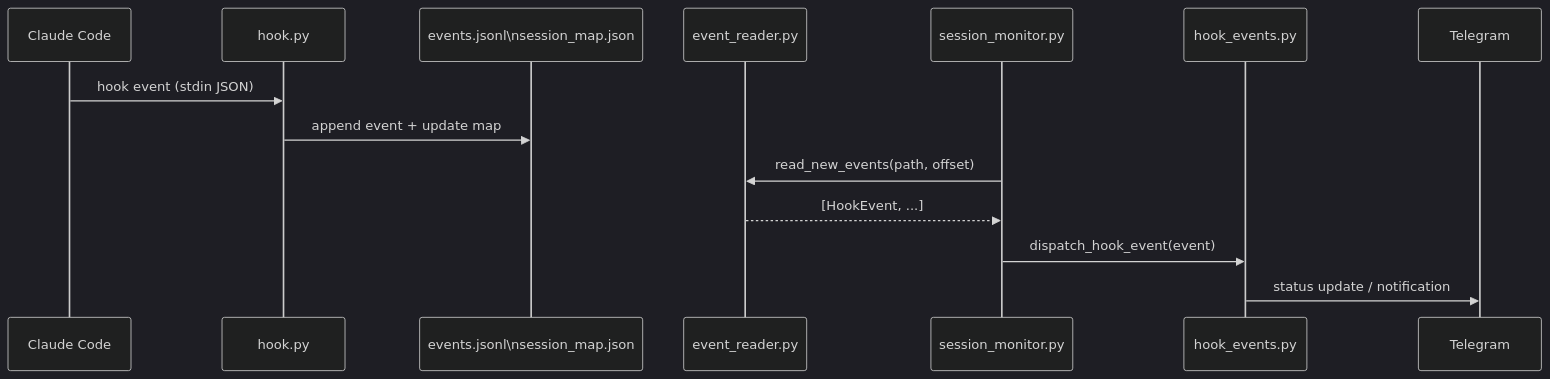
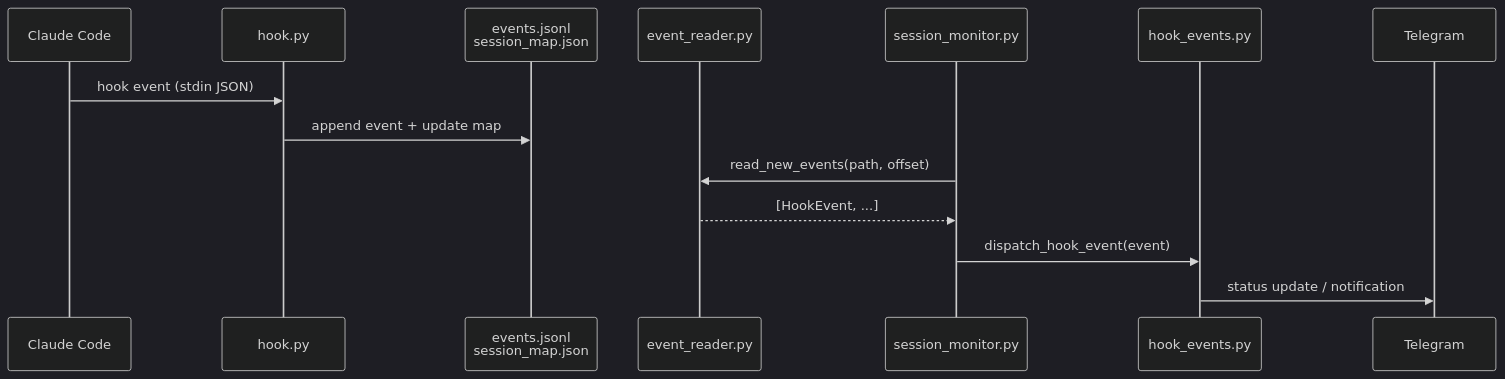
One commit to alexei-led/ccbot changed the seventh of 10 diagrams in docs/architecture.md. Above: the diagram before and after it, drawn with Mermaid (dark theme). The commit also changed other lines of this file, not shown here.

Commit message:
docs: replace \n with <br> in Mermaid node labels in architecture.md

````diff
--- a/docs/architecture.md
+++ b/docs/architecture.md
@@ -217,17 +217,17 @@
 ```mermaid
 sequenceDiagram
     participant Claude as Claude Code
     participant Hook as hook.py
-    participant EventFiles as events.jsonl\nsession_map.json
+    participant EventFiles as events.jsonl<br>session_map.json
     participant EventReader as event_reader.py
     participant SessionMonitor as session_monitor.py
     participant HookEvents as hook_events.py
     participant Telegram
 
     Claude->>Hook: hook event (stdin JSON)
     Hook->>EventFiles: append event + update map
     SessionMonitor->>EventReader: read_new_events(path, offset)
     EventReader-->>SessionMonitor: [HookEvent, ...]
     SessionMonitor->>HookEvents: dispatch_hook_event(event)
     HookEvents->>Telegram: status update / notification
 ```
````
